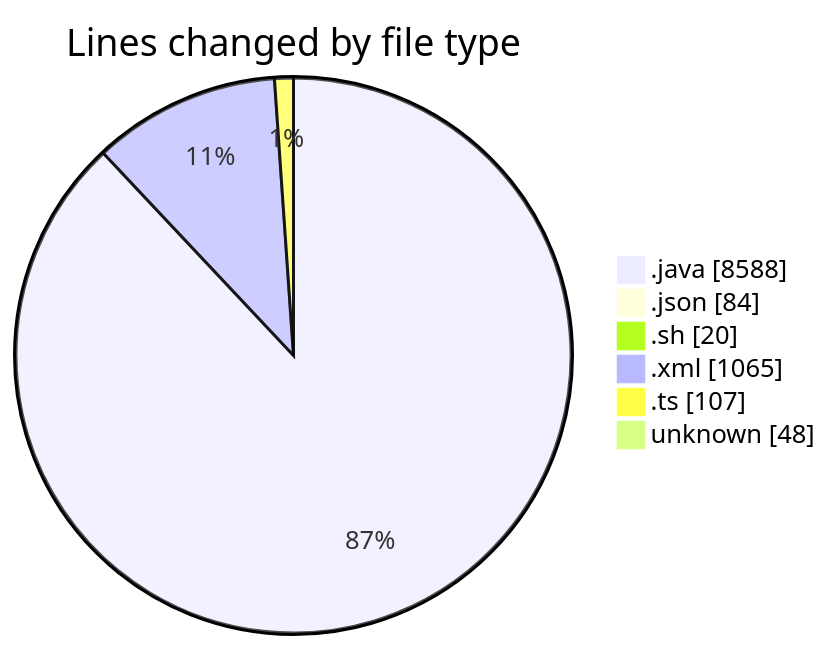
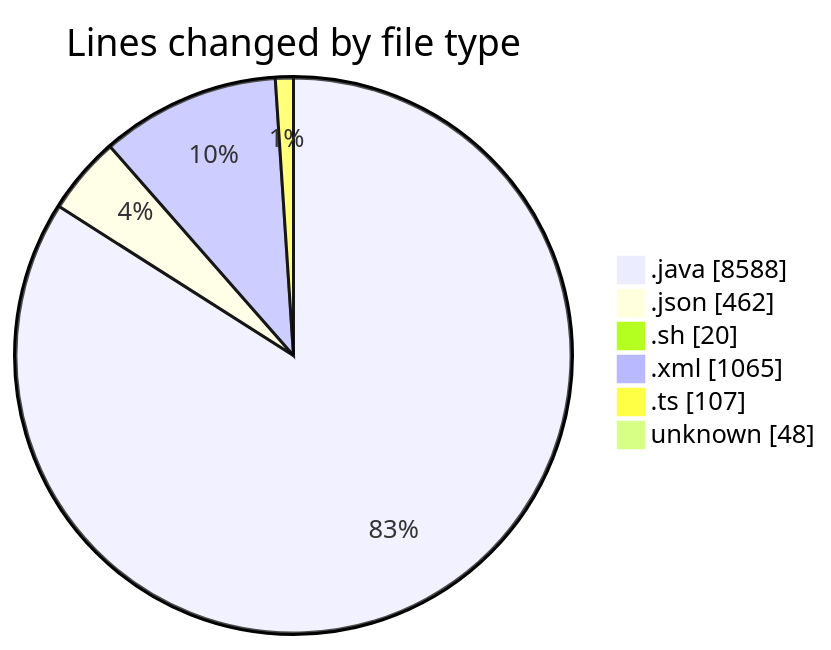
The first of 2 diagrams in 2025-02-23/micros/README.md (charlie-sans/code-tracking), drawn with Mermaid before and after one commit. The commit also changed other lines of this file and 1 other file, not shown here.

````diff
--- a/2025-02-23/micros/README.md
+++ b/2025-02-23/micros/README.md
@@ -59,10 +60,10 @@
 ```mermaid
 pie showData
 title Lines changed by file type
 ".java" : 8588
-".json" : 84
+".json" : 462
 ".sh" : 20
 ".xml" : 1065
 ".ts" : 107
 "unknown" : 48
 ```
````
